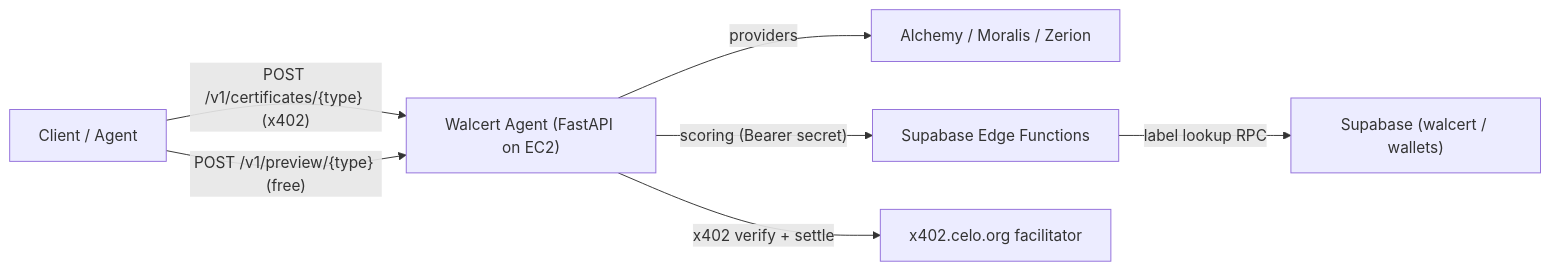
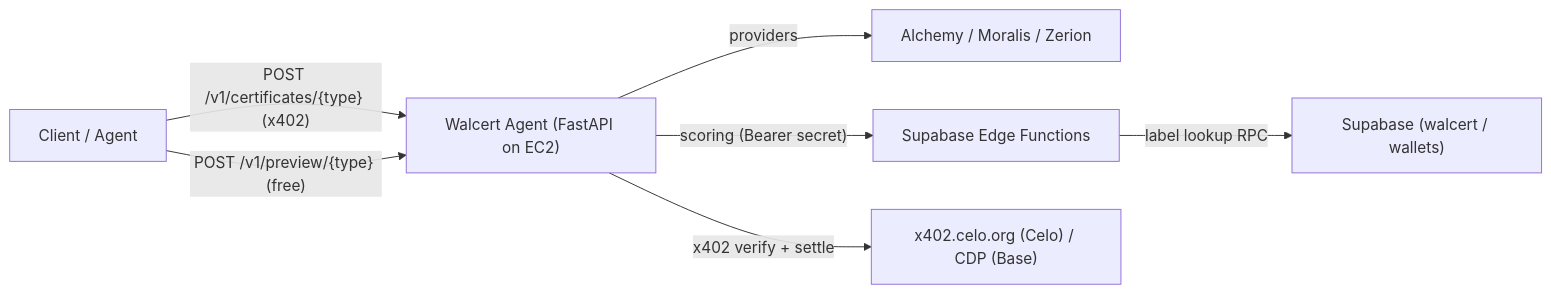
The diagram in README.md (GlobalScoreAgent/walcert-agent), drawn with Mermaid before and after one commit. The commit also changed other lines of this file and 16 other files, not shown here.

First line of the commit message:
Accept x402 payments on Base alongside Celo.

````diff
--- a/README.md
+++ b/README.md
@@ -36,9 +37,9 @@
 ```mermaid
 flowchart LR
   Client["Client / Agent"] -->|"POST /v1/certificates/{type} (x402)"| Agent["Walcert Agent (FastAPI on EC2)"]
   Client -->|"POST /v1/preview/{type} (free)"| Agent
   Agent -->|"providers"| Providers["Alchemy / Moralis / Zerion"]
   Agent -->|"scoring (Bearer secret)"| Edge["Supabase Edge Functions"]
   Edge -->|"label lookup RPC"| DB["Supabase (walcert / wallets)"]
-  Agent -->|"x402 verify + settle"| Facilitator["x402.celo.org facilitator"]
+  Agent -->|"x402 verify + settle"| Facilitator["x402.celo.org (Celo) / CDP (Base)"]
 ```
````
